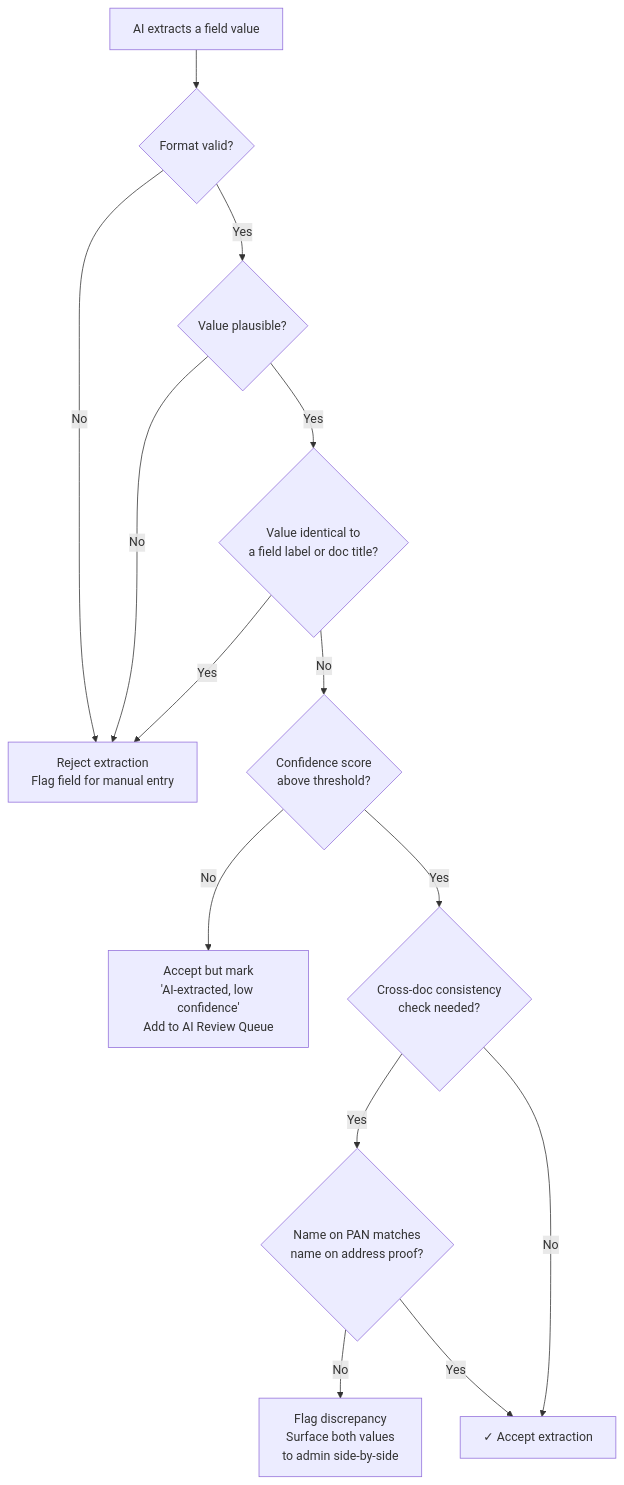
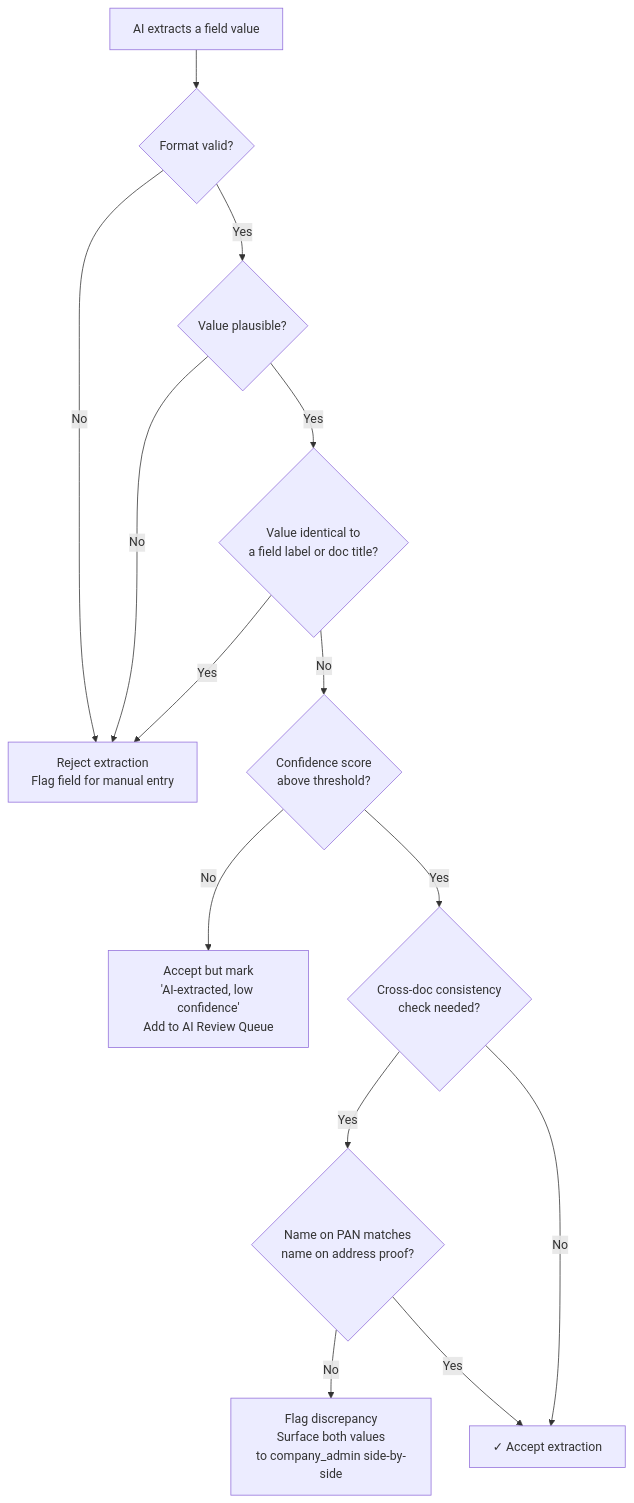
Before and after one commit to sampadadiwan/IRM_CompanyMain: the third of 5 diagrams in docs/features/autonomous_kyc_inspector_agent.md, drawn with Mermaid. The commit also changed other lines of this file and 3 other files, not shown here.

````diff
--- a/docs/features/autonomous_kyc_inspector_agent.md
+++ b/docs/features/autonomous_kyc_inspector_agent.md
@@ -149,16 +158,16 @@
 ```mermaid
 flowchart TD
     A[AI extracts a field value] --> B{Format valid?}
     B -- No --> REJECT[Reject extraction\nFlag field for manual entry]
     B -- Yes --> C{Value plausible?}
     C -- No --> REJECT
     C -- Yes --> D{Value identical to\na field label or doc title?}
     D -- Yes --> REJECT
     D -- No --> E{Confidence score\nabove threshold?}
     E -- No --> FLAG[Accept but mark\n'AI-extracted, low confidence'\nAdd to AI Review Queue]
     E -- Yes --> F{Cross-doc consistency\ncheck needed?}
     F -- Yes --> G{Name on PAN matches\nname on address proof?}
-    G -- No --> CONFLICT[Flag discrepancy\nSurface both values\nto admin side-by-side]
+    G -- No --> CONFLICT[Flag discrepancy\nSurface both values\nto company_admin side-by-side]
     G -- Yes --> ACCEPT[✓ Accept extraction]
     F -- No --> ACCEPT
 ```
````
